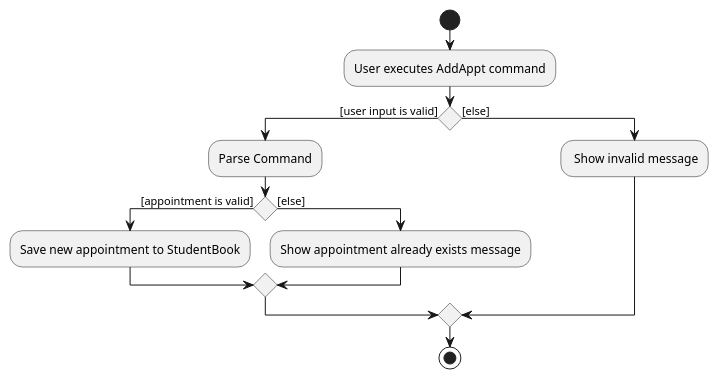
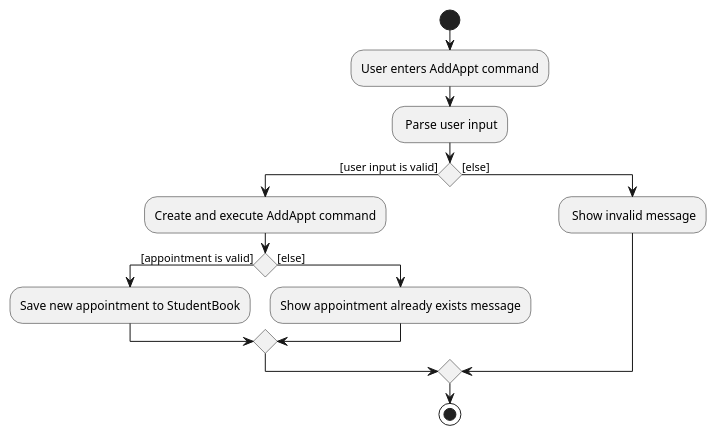
Before and after one commit to nus-cs2103-AY2021S2/tp: the diagram in docs/diagrams/AddAppointmentActivityDiagram.puml, drawn with PlantUML. The commit also changed 2 other files, not shown here.

Commit message:
Update activity diagram

```diff
--- a/docs/diagrams/AddAppointmentActivityDiagram.puml
+++ b/docs/diagrams/AddAppointmentActivityDiagram.puml
@@ -1,19 +1,20 @@
 @startuml
 start
-:User executes AddAppt command;
+:User enters AddAppt command;
+: Parse user input;
 
 'Since the beta syntax does not support placing the condition outside the
 'diamond we place it as the true branch instead.
 
 if () then ([user input is valid])
-    :Parse Command;
+    :Create and execute AddAppt command;
     if () then ([appointment is valid])
         :Save new appointment to StudentBook;
     else ([else])
         :Show appointment already exists message;
     endif
 else ([else])
     : Show invalid message;
 endif
 stop
 @enduml
```
